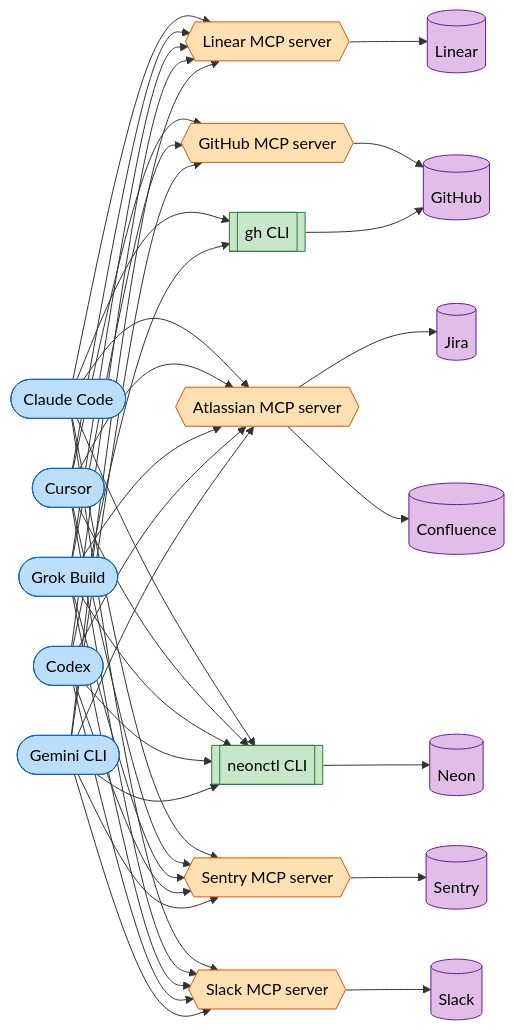
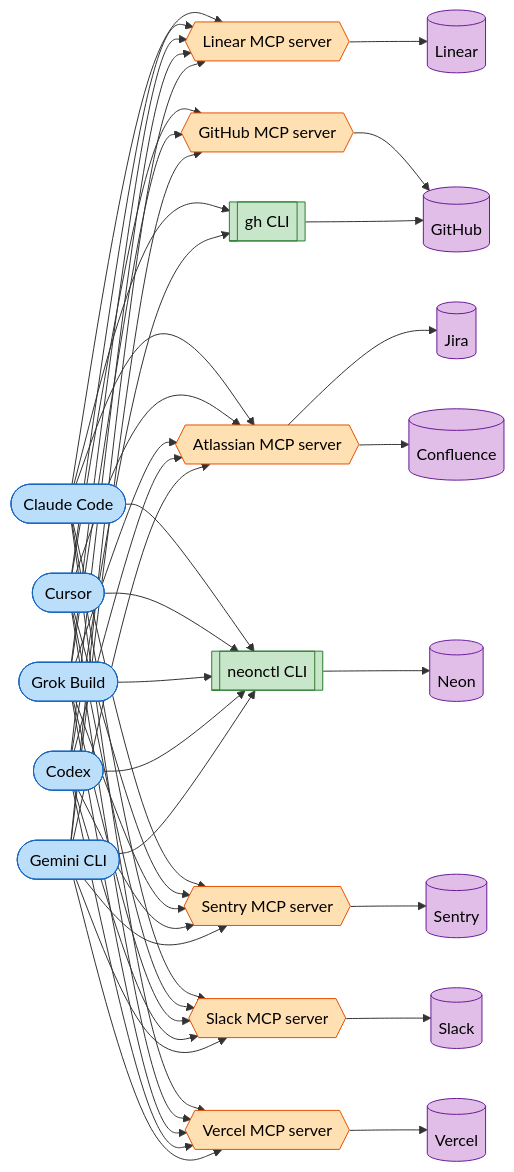
The first of 2 diagrams in README.md (alephic-ai/foac), drawn with Mermaid before and after one commit. The commit also changed other lines of this file and 12 other files, not shown here.

Commit message:
feat: add Vercel provider

````diff
--- a/README.md
+++ b/README.md
@@ -19,23 +19,24 @@
 ```mermaid
 graph LR
-    CC([Claude Code]) --> LMCP & GHCLI & AMCP & NCLI & SMCP & SLMCP
-    CU([Cursor]) --> LMCP & GHMCP & AMCP & NCLI & SMCP & SLMCP
-    GRK([Grok Build]) --> LMCP & GHMCP & AMCP & NCLI & SMCP & SLMCP
-    CX([Codex]) --> LMCP & GHCLI & AMCP & NCLI & SMCP & SLMCP
-    GEM([Gemini CLI]) --> LMCP & GHMCP & AMCP & NCLI & SMCP & SLMCP
+    CC([Claude Code]) --> LMCP & GHCLI & AMCP & NCLI & SMCP & SLMCP & VMCP
+    CU([Cursor]) --> LMCP & GHMCP & AMCP & NCLI & SMCP & SLMCP & VMCP
+    GRK([Grok Build]) --> LMCP & GHMCP & AMCP & NCLI & SMCP & SLMCP & VMCP
+    CX([Codex]) --> LMCP & GHCLI & AMCP & NCLI & SMCP & SLMCP & VMCP
+    GEM([Gemini CLI]) --> LMCP & GHMCP & AMCP & NCLI & SMCP & SLMCP & VMCP
     LMCP{{Linear MCP server}} --> Linear[(Linear)]
     GHMCP{{GitHub MCP server}} --> GitHub[(GitHub)]
     GHCLI[[gh CLI]] --> GitHub
     AMCP{{Atlassian MCP server}} --> Jira[(Jira)] & Confluence[(Confluence)]
     NCLI[[neonctl CLI]] --> Neon[(Neon)]
     SMCP{{Sentry MCP server}} --> Sentry[(Sentry)]
     SLMCP{{Slack MCP server}} --> Slack[(Slack)]
+    VMCP{{Vercel MCP server}} --> Vercel[(Vercel)]
     classDef harness fill:#bbdefb,stroke:#1565c0,color:#000
     classDef mcp fill:#ffe0b2,stroke:#e65100,color:#000
     classDef cli fill:#c8e6c9,stroke:#2e7d32,color:#000
     classDef provider fill:#e1bee7,stroke:#6a1b9a,color:#000
     class CC,CU,GRK,CX,GEM harness
-    class LMCP,GHMCP,AMCP,SMCP,SLMCP mcp
+    class LMCP,GHMCP,AMCP,SMCP,SLMCP,VMCP mcp
     class GHCLI,NCLI cli
-    class Linear,GitHub,Jira,Confluence,Neon,Sentry,Slack provider
+    class Linear,GitHub,Jira,Confluence,Neon,Sentry,Slack,Vercel provider
 ```
````
